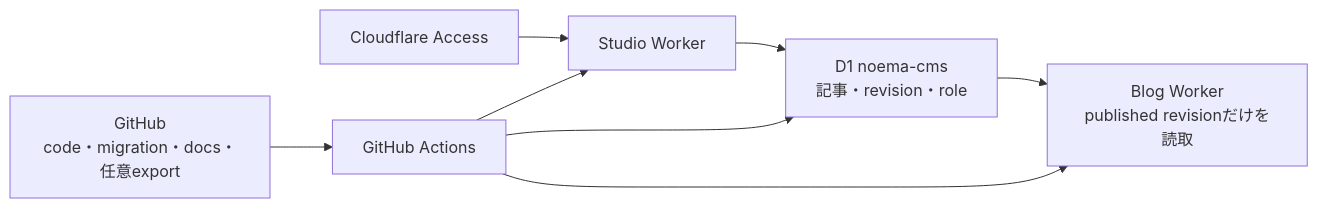
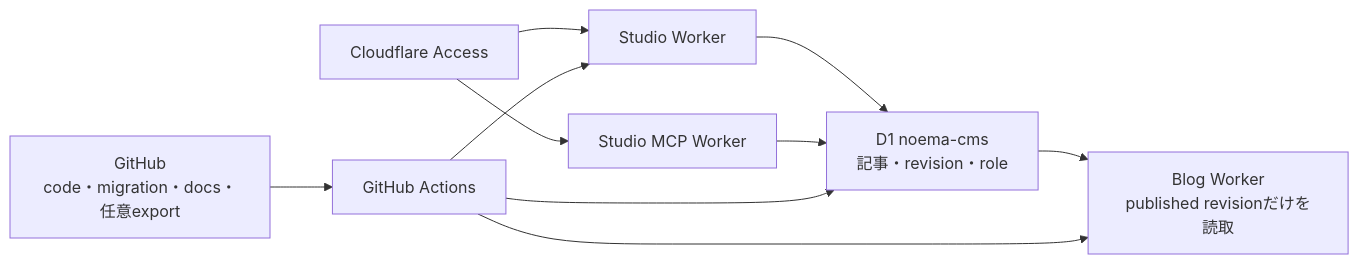
The diagram in vnext/README.md (mani1261790/Noema), drawn with Mermaid before and after one commit. The commit also changed other lines of this file and 21 other files, not shown here.

Commit message:
Add Studio MCP draft integration

````diff
--- a/vnext/README.md
+++ b/vnext/README.md
@@ -30,10 +31,12 @@
 ```mermaid
 flowchart LR
   Access["Cloudflare Access"] --> Studio["Studio Worker"]
+  Access --> Mcp["Studio MCP Worker"]
   Studio --> D1["D1 noema-cms<br/>記事・revision・role"]
+  Mcp --> D1
   D1 --> Blog["Blog Worker<br/>published revisionだけを読取"]
   GitHub["GitHub<br/>code・migration・docs・任意export"] --> Deploy["GitHub Actions"]
   Deploy --> D1
   Deploy --> Blog
   Deploy --> Studio
 ```
````
